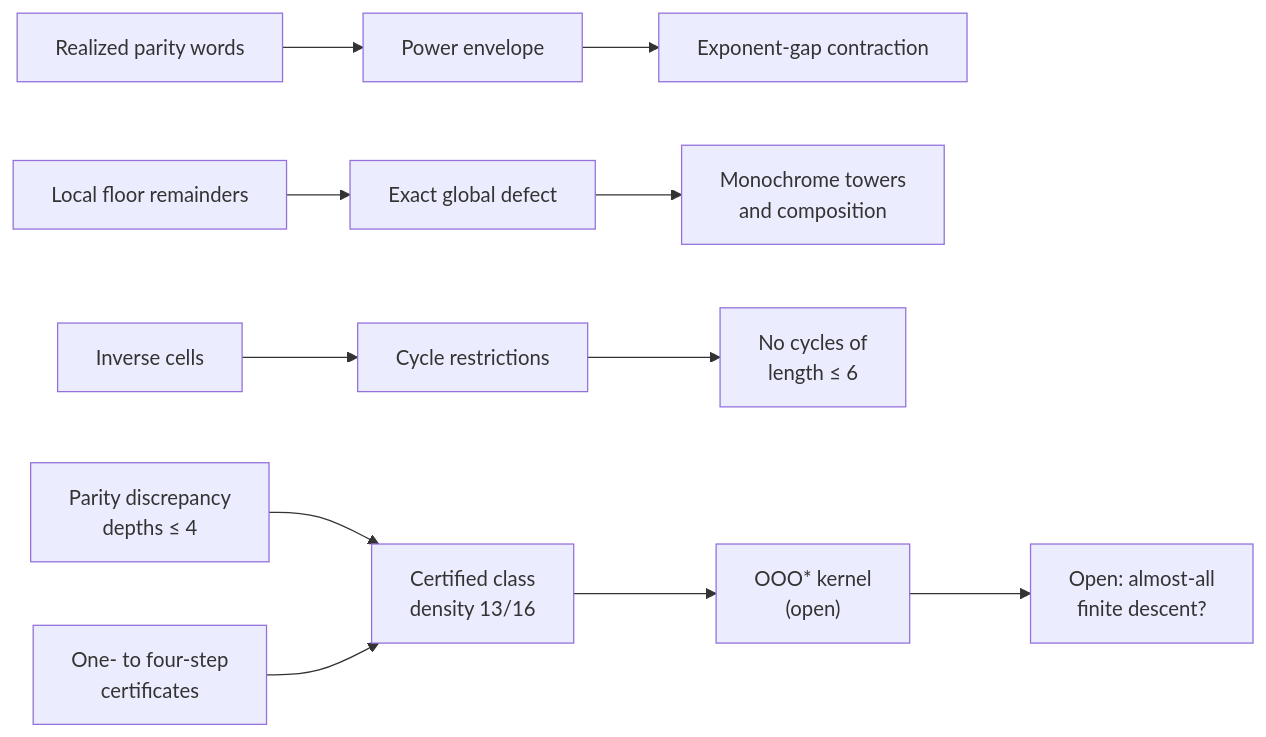
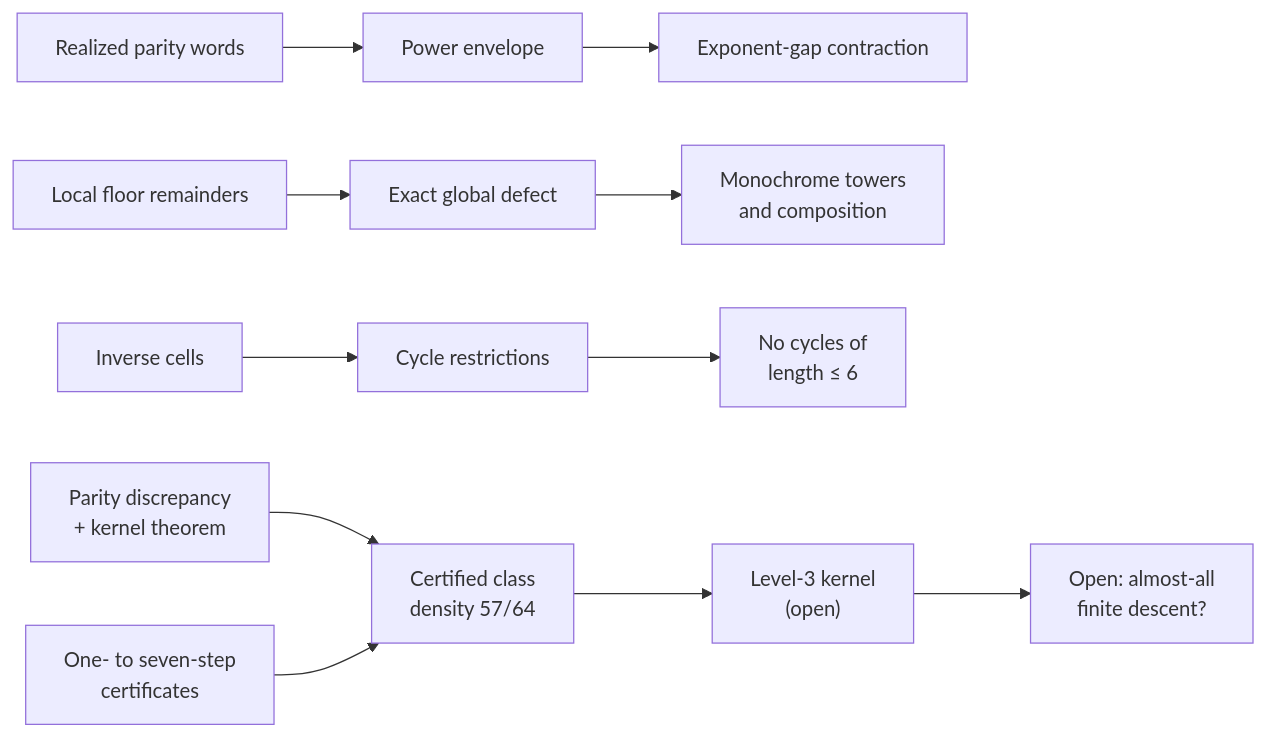
The diagram in docs/theory/figures/juggler_frontier.mmd (sneakyweasel/balanced_ternary), drawn with Mermaid before and after one commit. The commit also changed 21 other files, not shown here.

```diff
--- a/docs/theory/figures/juggler_frontier.mmd
+++ b/docs/theory/figures/juggler_frontier.mmd
@@ -1,7 +1,7 @@
 flowchart LR
     Words["Realized parity words"] --> Envelope["Power envelope"] --> Contract["Exponent-gap contraction"]
     Remainders["Local floor remainders"] --> Defect["Exact global defect"] --> Towers["Monochrome towers<br/>and composition"]
     Cells["Inverse cells"] --> Cycles["Cycle restrictions"] --> Excluded["No cycles of<br/>length &le; 6"]
-    Discrepancy["Parity discrepancy<br/>depths &le; 4"] --> Density["Certified class<br/>density 13/16"]
-    Certificates["One- to four-step<br/>certificates"] --> Density
-    Density --> Kernel["OOO* kernel<br/>(open)"] --> Open["Open: almost-all<br/>finite descent?"]
+    Discrepancy["Parity discrepancy<br/>+ kernel theorem"] --> Density["Certified class<br/>density 57/64"]
+    Certificates["One- to seven-step<br/>certificates"] --> Density
+    Density --> Kernel["Level-3 kernel<br/>(open)"] --> Open["Open: almost-all<br/>finite descent?"]
```
